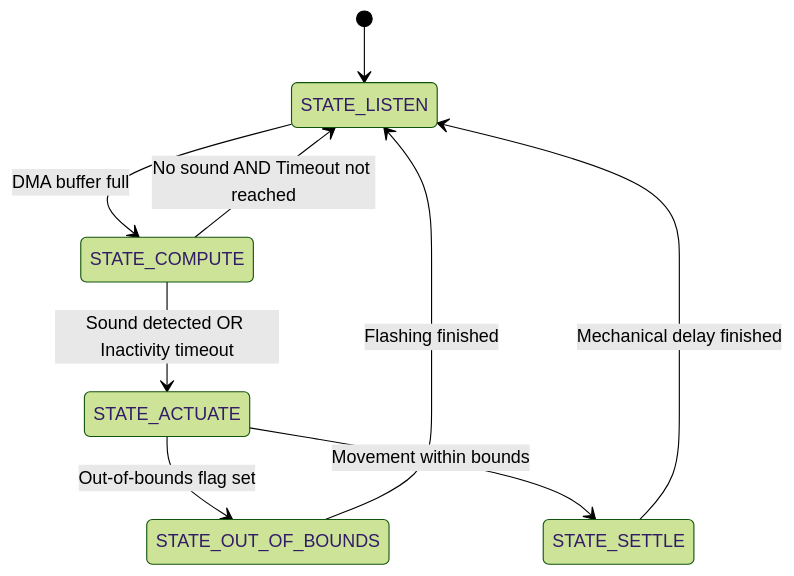
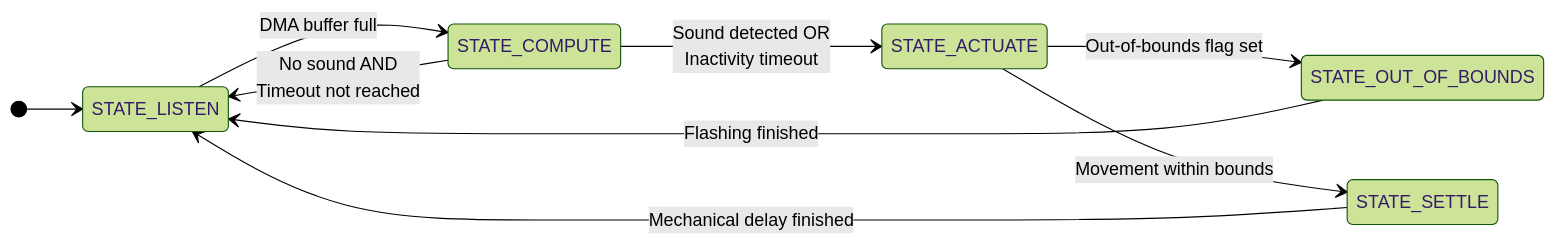
The diagram in documentation/techincal_report.md (samuele-ribaudo/real-time-SSL-and-tracking), drawn with Mermaid (forest theme) before and after one commit.

Commit message:
diagram test

````diff
--- a/documentation/techincal_report.md
+++ b/documentation/techincal_report.md
@@ -60,11 +60,12 @@
 ```mermaid
 stateDiagram-v2
+    direction LR
     [*] --> STATE_LISTEN
     STATE_LISTEN --> STATE_COMPUTE : DMA buffer full
-    STATE_COMPUTE --> STATE_ACTUATE : Sound detected OR Inactivity timeout
-    STATE_COMPUTE --> STATE_LISTEN : No sound AND Timeout not reached
+    STATE_COMPUTE --> STATE_ACTUATE : Sound detected OR<br>Inactivity timeout
+    STATE_COMPUTE --> STATE_LISTEN : No sound AND<br>Timeout not reached
     STATE_ACTUATE --> STATE_OUT_OF_BOUNDS : Out-of-bounds flag set
     STATE_ACTUATE --> STATE_SETTLE : Movement within bounds
     STATE_SETTLE --> STATE_LISTEN : Mechanical delay finished
     STATE_OUT_OF_BOUNDS --> STATE_LISTEN : Flashing finished
 ```
````
